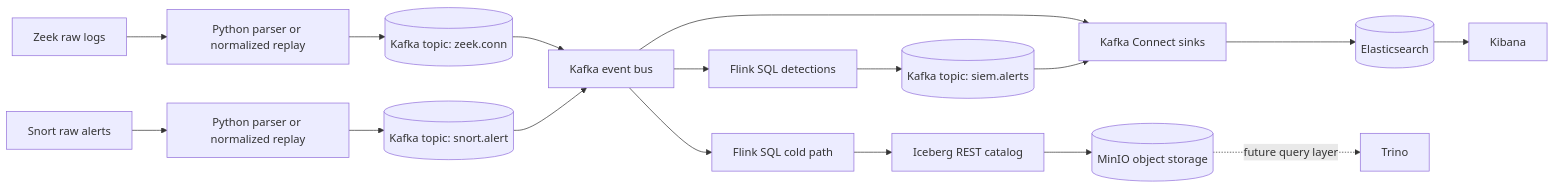
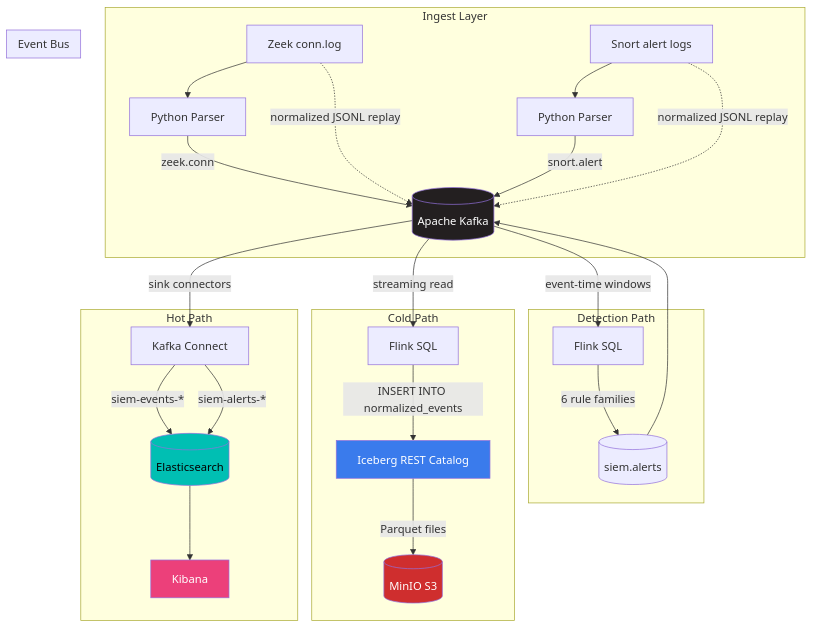
One commit to dinhdat07/siem-pipeline changed the diagram in docs/architecture.md. Above: the diagram before and after it, drawn with Mermaid. The commit also changed other lines of this file and 13 other files, not shown here.

````diff
--- a/docs/architecture.md
+++ b/docs/architecture.md
@@ -11,24 +11,49 @@
 ```mermaid
-flowchart LR
-    ZR[Zeek raw logs] --> ZP[Python parser or normalized replay]
-    SR[Snort raw alerts] --> SP[Python parser or normalized replay]
+flowchart TB
+    subgraph Ingest["Ingest Layer"]
+        ZR["Zeek conn.log"] --> ZP["Python Parser"]
+        SR["Snort alert logs"] --> SP["Python Parser"]
+        ZP --> |"zeek.conn"| BUS
+        SP --> |"snort.alert"| BUS
+    end
 
-    ZP --> ZT[(Kafka topic: zeek.conn)]
-    SP --> ST[(Kafka topic: snort.alert)]
+    subgraph Bus["Event Bus"]
+        BUS[("Apache Kafka")]
+    end
 
-    ZT --> KC[Kafka event bus]
-    ST --> KC
+    subgraph Hot["Hot Path"]
+        KC["Kafka Connect"]
+        ES[("Elasticsearch")]
+        KB["Kibana"]
+        BUS --> |"sink connectors"| KC
+        KC --> |"siem-events-*"| ES
+        KC --> |"siem-alerts-*"| ES
+        ES --> KB
+    end
 
-    KC --> HP[Kafka Connect sinks]
-    HP --> ES[(Elasticsearch)]
-    ES --> KB[Kibana]
+    subgraph Cold["Cold Path"]
+        FC["Flink SQL"]
+        IC["Iceberg REST Catalog"]
+        MO[("MinIO S3")]
+        BUS --> |"streaming read"| FC
+        FC --> |"INSERT INTO normalized_events"| IC
+        IC --> |"Parquet files"| MO
+    end
 
-    KC --> FD[Flink SQL detections]
-    FD --> SA[(Kafka topic: siem.alerts)]
-    SA --> HP
+    subgraph Detect["Detection Path"]
+        FD["Flink SQL"]
+        AL[("siem.alerts")]
+        BUS --> |"event-time windows"| FD
+        FD --> |"6 rule families"| AL
+        AL --> BUS
+    end
 
-    KC --> FC[Flink SQL cold path]
-    FC --> IC[Iceberg REST catalog]
-    IC --> MO[(MinIO object storage)]
-    MO -. future query layer .-> TR[Trino]
+    ZR -.-> |"normalized JSONL replay"| BUS
+    SR -.-> |"normalized JSONL replay"| BUS
+
+    style BUS fill:#231F20,color:#fff
+    style ES fill:#00BFB3,color:#000
+    style MO fill:#CF2E2E,color:#fff
+    style IC fill:#3A7BEC,color:#fff
+    style KB fill:#EC407A,color:#fff
 ```
````
